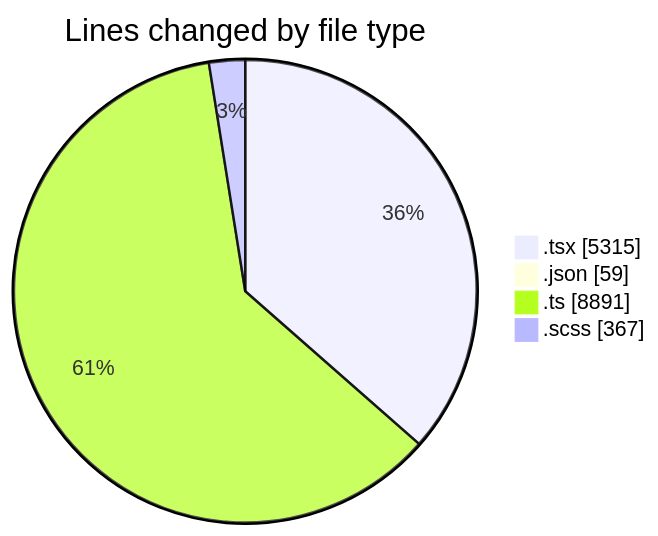
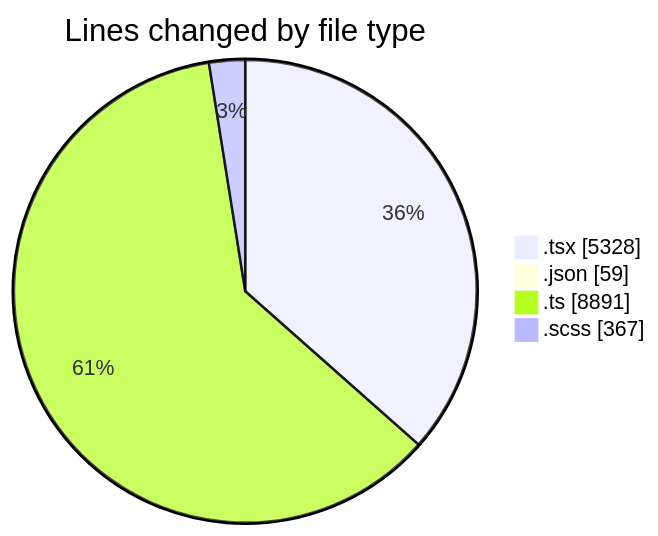
Before and after one commit to momahboobian/code-tracking: the first of 2 diagrams in 2025-11-24/cda/README.md, drawn with Mermaid. The commit also changed other lines of this file and 1 other file, not shown here.

````diff
--- a/2025-11-24/cda/README.md
+++ b/2025-11-24/cda/README.md
@@ -37,8 +37,8 @@
 ```mermaid
 pie showData
 title Lines changed by file type
-".tsx" : 5315
+".tsx" : 5328
 ".json" : 59
 ".ts" : 8891
 ".scss" : 367
 ```
````
